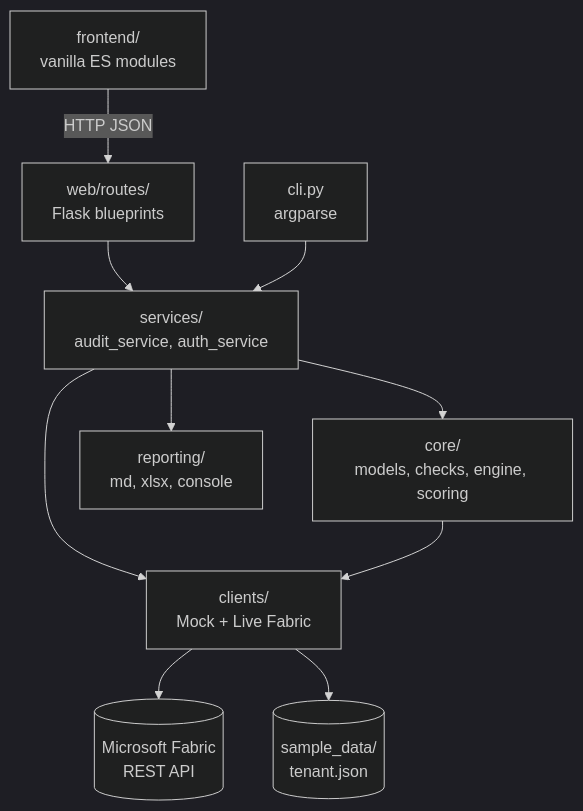
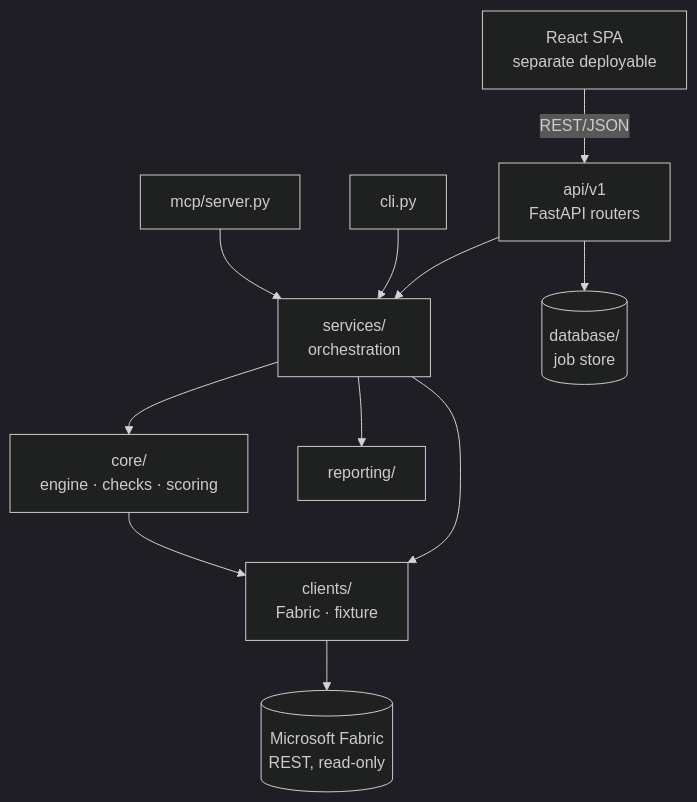
The first of 2 diagrams in docs/architecture.md (ridamgupta25/Microsoft-Fabric-Well-Architected-Auditor), drawn with Mermaid (dark theme) before and after one commit. The commit also changed other lines of this file and 21 other files, not shown here.

````diff
--- a/docs/architecture.md
+++ b/docs/architecture.md
@@ -37,22 +33,24 @@
 ```mermaid
 flowchart TD
-    UI[frontend/<br/>vanilla ES modules]
-    CLI[cli.py<br/>argparse]
-    WEB[web/routes/<br/>Flask blueprints]
-    SVC[services/<br/>audit_service, auth_service]
-    CORE[core/<br/>models, checks, engine, scoring]
-    CLI2[clients/<br/>Mock + Live Fabric]
-    REP[reporting/<br/>md, xlsx, console]
-    FAB[(Microsoft Fabric<br/>REST API)]
-    FIX[(sample_data/<br/>tenant.json)]
+    UI[React SPA<br/>separate deployable]
+    API[api/v1<br/>FastAPI routers]
+    CLI[cli.py]
+    MCP[mcp/server.py]
+    SVC[services/<br/>orchestration]
+    CORE[core/<br/>engine · checks · scoring]
+    CLIENTS[clients/<br/>Fabric · fixture]
+    REP[reporting/]
+    DB[(database/<br/>job store)]
+    FAB[(Microsoft Fabric<br/>REST, read-only)]
 
-    UI -->|HTTP JSON| WEB
-    WEB --> SVC
+    UI -->|REST/JSON| API
+    API --> SVC
     CLI --> SVC
+    MCP --> SVC
+    API --> DB
     SVC --> CORE
-    SVC --> CLI2
+    SVC --> CLIENTS
     SVC --> REP
-    CORE --> CLI2
-    CLI2 --> FAB
-    CLI2 --> FIX
+    CORE --> CLIENTS
+    CLIENTS --> FAB
 ```
````
